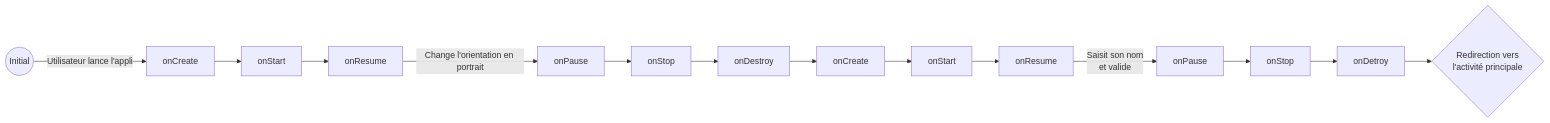
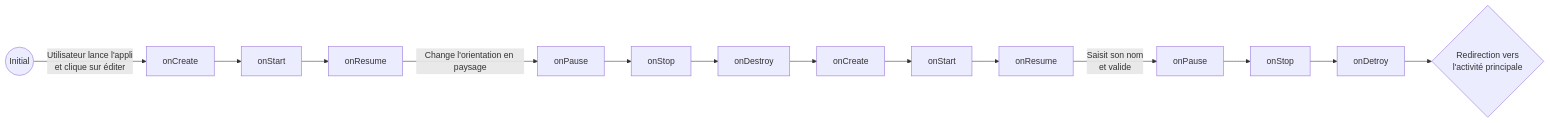
Before and after one commit to KevinFerati/DAA_Lab02: the fourth of 4 diagrams in Rapport.md, drawn with Mermaid. The commit also changed other lines of this file, not shown here.

````diff
--- a/Rapport.md
+++ b/Rapport.md
@@ -52,17 +53,17 @@
 ```mermaid
   graph LR
-    A((Initial)) -- Utilisateur lance l'appli --> B[onCreate]
+    A((Initial)) -- Utilisateur lance l'appli\net clique sur éditer --> B[onCreate]
     B --> C[onStart]
     C --> D[onResume]
-    D -- Change l'orientation en portrait --> E[onPause]
+    D -- Change l'orientation en paysage --> E[onPause]
     E --> F[onStop]
     F --> G[onDestroy]
     G --> H[onCreate]
     H --> I[onStart]
     I --> J[onResume]
     J -- Saisit son nom \net valide --> K[onPause]
     K --> L[onStop]
     L --> M[onDetroy]
     M --> N{Redirection vers\nl'activité principale}
     
 ```
````
